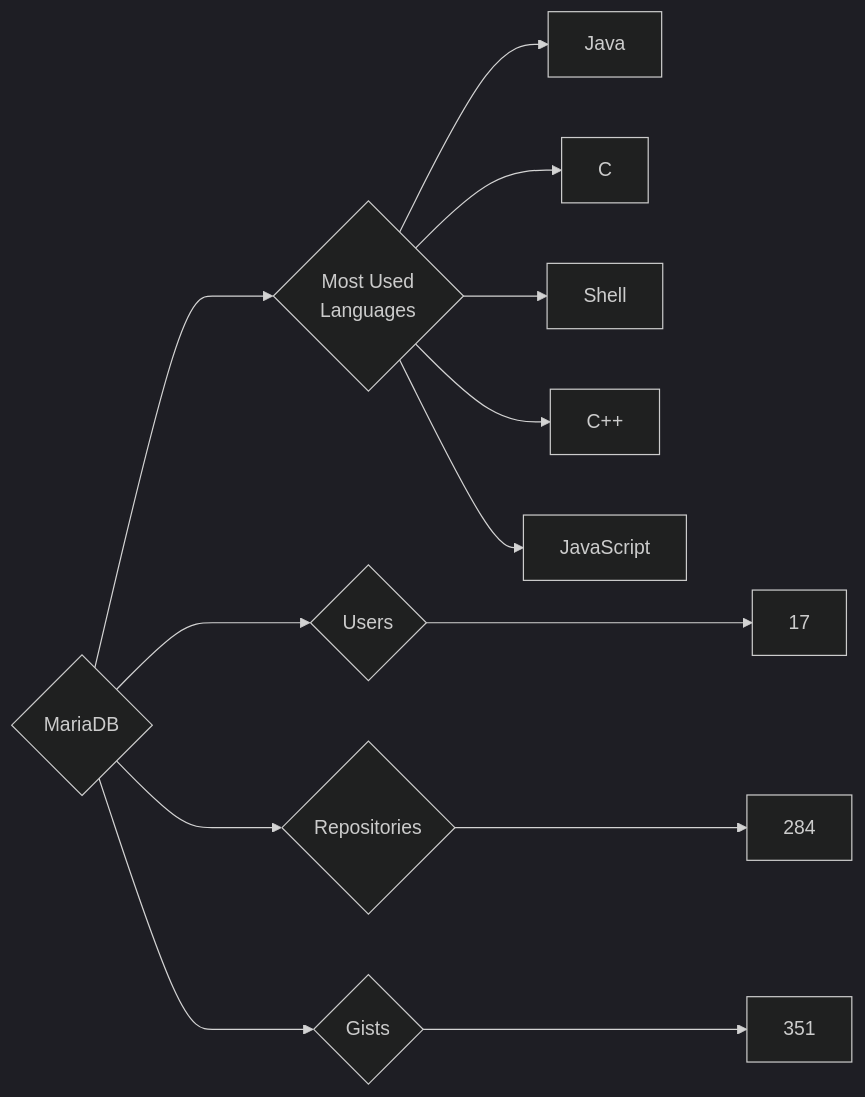
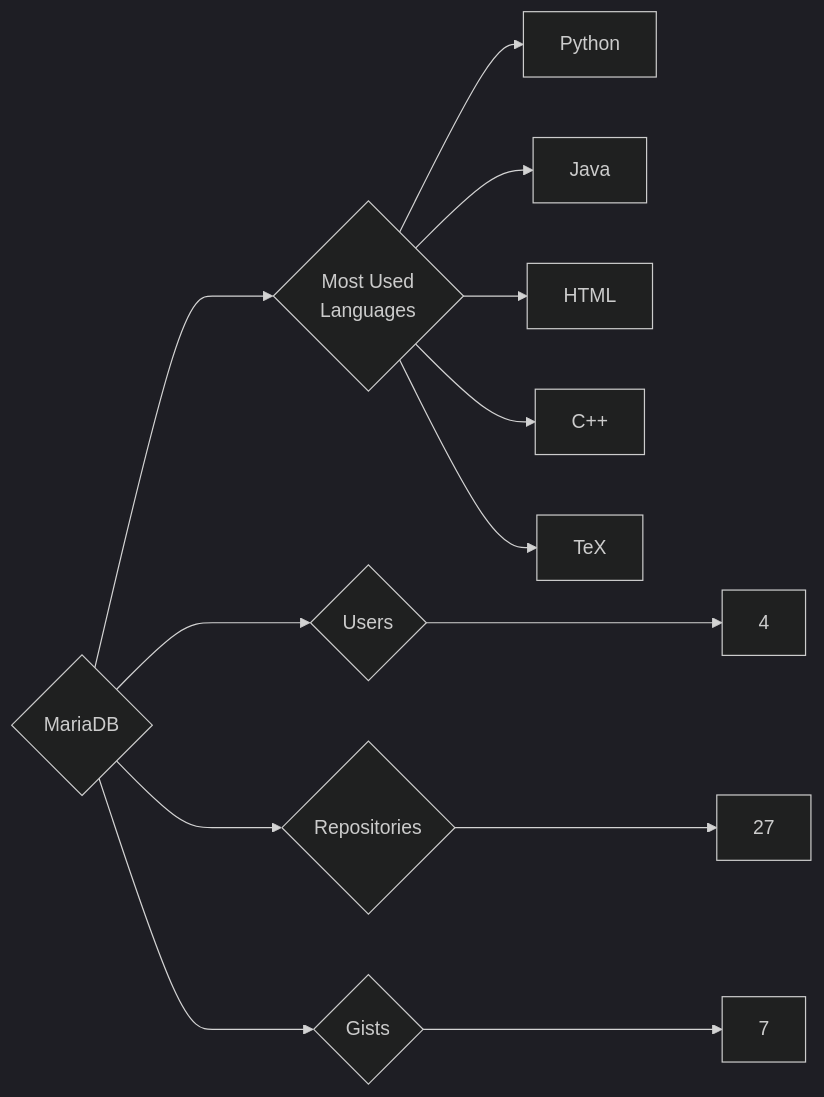
The diagram in targets/MariaDB/README.md (trickest/insiders), drawn with Mermaid (dark theme) before and after one commit. The commit also changed 611 other files, not shown here.

````diff
--- a/targets/MariaDB/README.md
+++ b/targets/MariaDB/README.md
@@ -3,13 +3,13 @@
 ```mermaid
 graph LR
 COMPANY_NAME{MariaDB}
-COMPANY_NAME ---> U{Users} ---> UN[17]
-COMPANY_NAME ---> R{Repositories} ---> RN[284]
-COMPANY_NAME ---> G{Gists} ---> GN[351]
+COMPANY_NAME ---> U{Users} ---> UN[4]
+COMPANY_NAME ---> R{Repositories} ---> RN[27]
+COMPANY_NAME ---> G{Gists} ---> GN[7]
 COMPANY_NAME ---> ML{Most Used<br>Languages}
+ML --> Python[Python]
 ML --> Java[Java]
-ML --> C[C]
-ML --> Shell[Shell]
+ML --> HTML[HTML]
 ML --> C++[C++]
-ML --> JavaScript[JavaScript]
+ML --> TeX[TeX]
 ```
````
